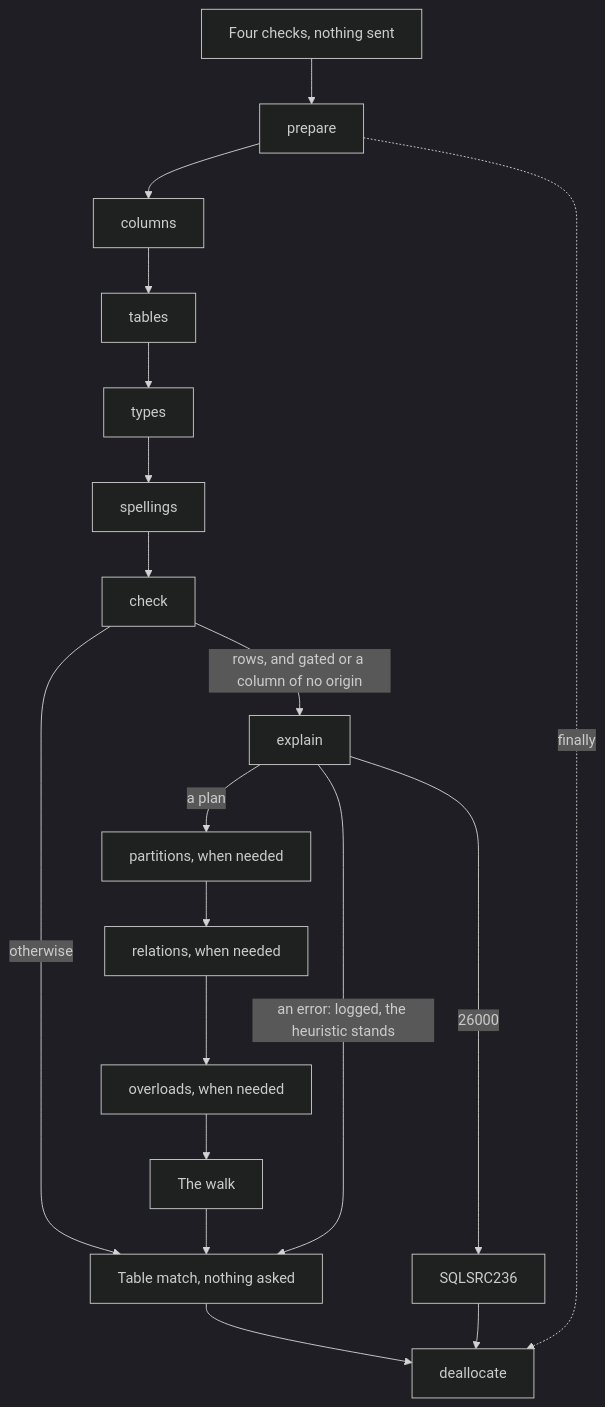
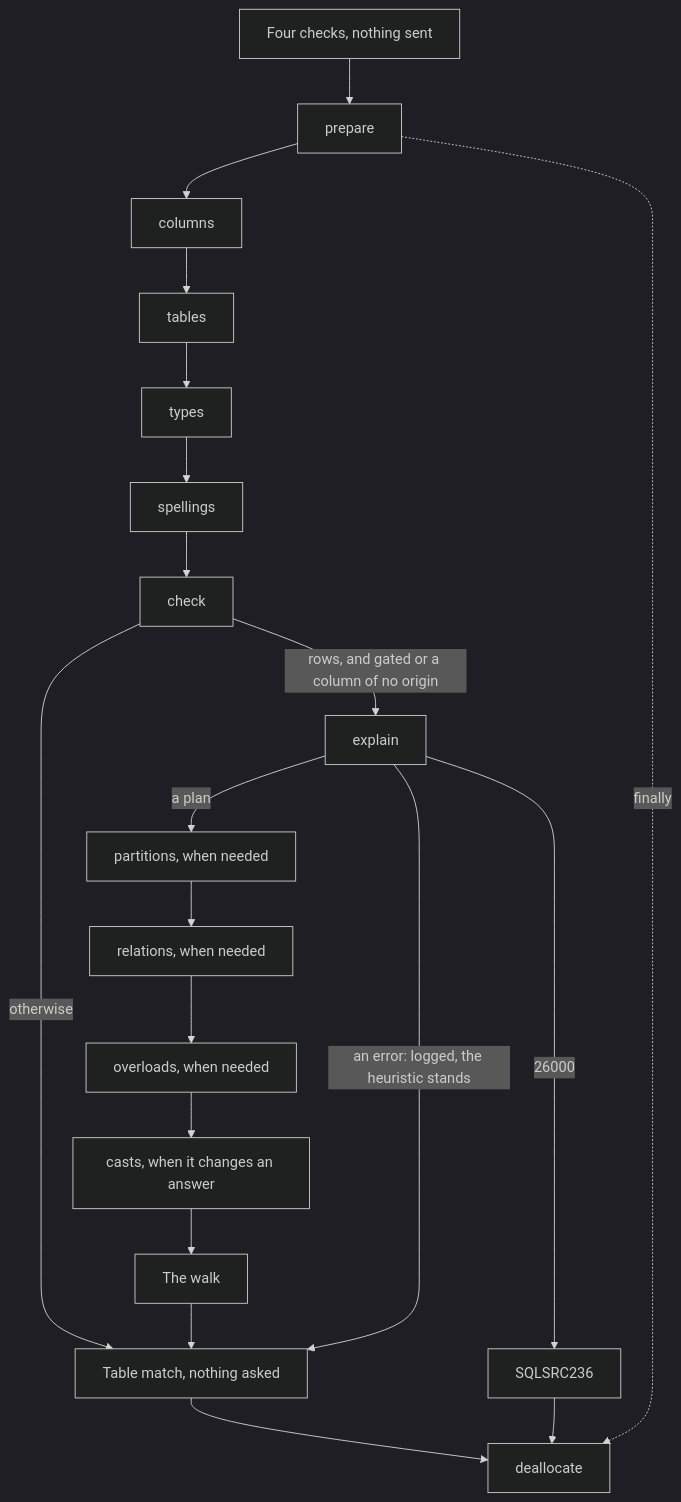
One commit to mbcrawfo/SqlSource changed the diagram in docs/architecture/postgres-describer.md. Above: the diagram before and after it, drawn with Mermaid (dark theme). The commit also changed other lines of this file and 48 other files, not shown here.

````diff
--- a/docs/architecture/postgres-describer.md
+++ b/docs/architecture/postgres-describer.md
@@ -80,21 +80,22 @@
 ```mermaid
 flowchart TD
     checks["Four checks, nothing sent"] --> prepare
     prepare --> columns
     columns --> tables
     tables --> types
     types --> spellings
     spellings --> check
     check -->|"rows, and gated or a column of no origin"| explain
     check -->|"otherwise"| match["Table match, nothing asked"]
     explain -->|"a plan"| partitions["partitions, when needed"]
     partitions --> relations["relations, when needed"]
     relations --> overloads["overloads, when needed"]
-    overloads --> walk["The walk"]
+    overloads --> casts["casts, when it changes an answer"]
+    casts --> walk["The walk"]
     walk --> match
     explain -->|"an error: logged, the heuristic stands"| match
     explain -->|"26000"| gone["SQLSRC236"]
     match --> deallocate
     gone --> deallocate
     prepare -.->|"finally"| deallocate
 ```
````
